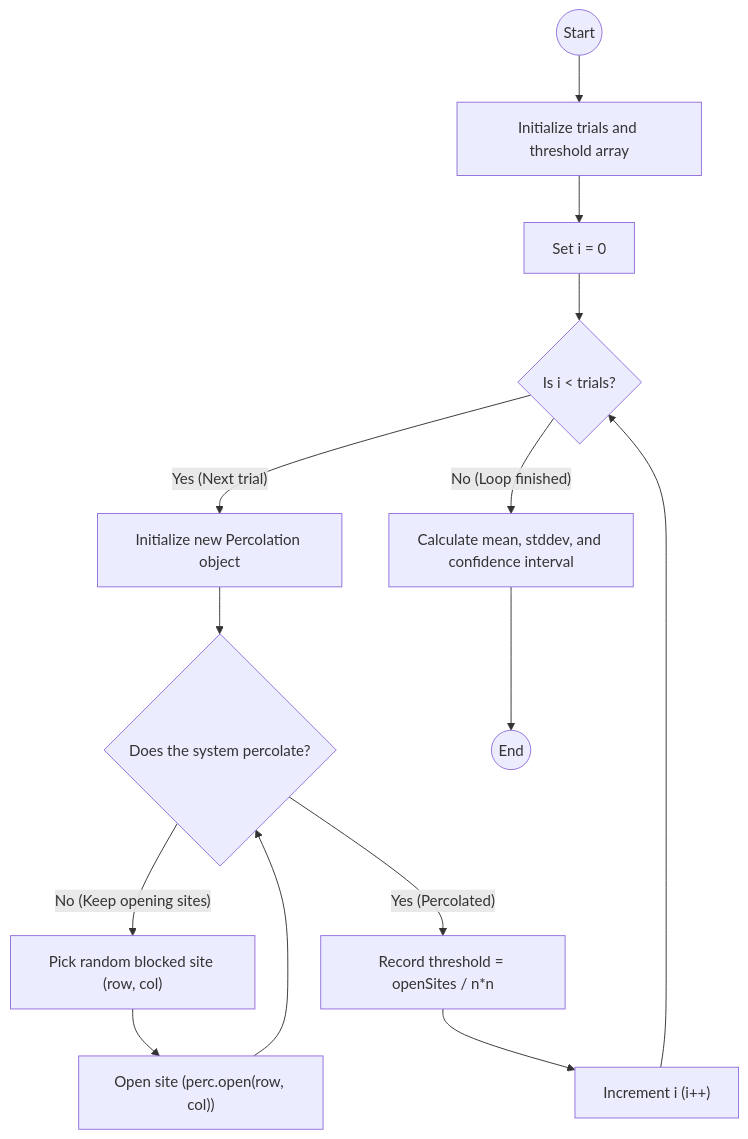
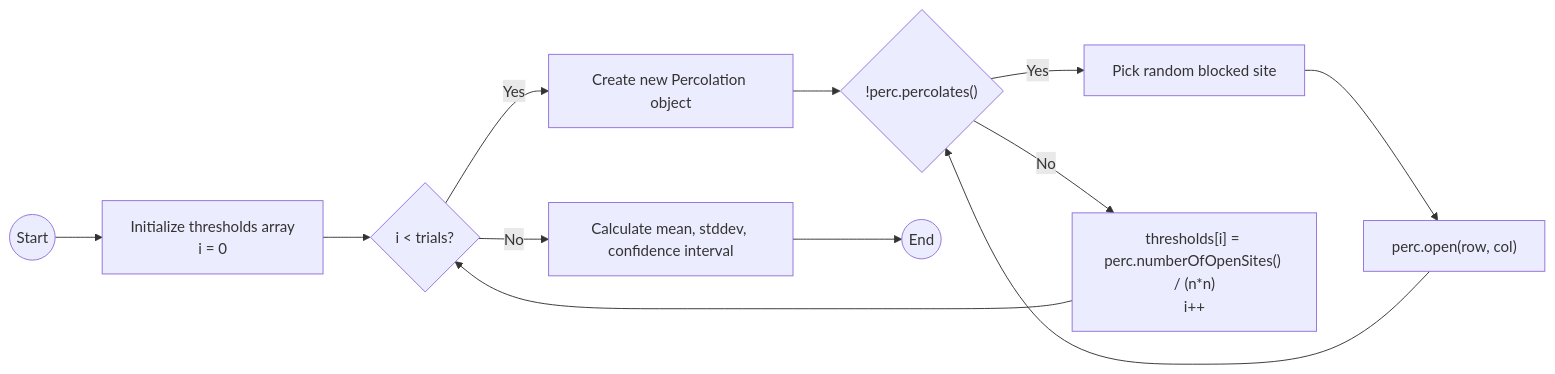
The diagram in problemSet2/PercolationStats.mmd (AmpongJkevin2/Flowchart-), drawn with Mermaid before and after one commit. The commit also changed 1 other file, not shown here.

```diff
--- a/problemSet2/PercolationStats.mmd
+++ b/problemSet2/PercolationStats.mmd
@@ -1,14 +1,12 @@
-graph TD;
-    A((Start)) --> B["Initialize trials and threshold array"];
-    B --> C["Set i = 0"];
-    C --> D{"Is i < trials?"};
-    D -- "No (Loop finished)" --> K["Calculate mean, stddev, and confidence interval"];
-    D -- "Yes (Next trial)" --> E["Initialize new Percolation object"];
-    E --> F{"Does the system percolate?"};
-    F -- "No (Keep opening sites)" --> G["Pick random blocked site (row, col)"];
-    G --> H["Open site (perc.open(row, col))"];
-    H --> F;
-    F -- "Yes (Percolated)" --> I["Record threshold = openSites / n*n"];
-    I --> J["Increment i (i++)"];
-    J --> D;
-    K --> L((End));
+graph LR;
+    A((Start)) --> B["Initialize thresholds array<br>i = 0"];
+    B --> C{"i < trials?"};
+    C -- "Yes" --> D["Create new Percolation object"];
+    D --> E{"!perc.percolates()"};
+    E -- "Yes" --> F["Pick random blocked site"];
+    F --> G["perc.open(row, col)"];
+    G --> E;
+    E -- "No" --> H["thresholds[i] = perc.numberOfOpenSites() / (n*n)<br>i++"];
+    H --> C;
+    C -- "No" --> I["Calculate mean, stddev, confidence interval"];
+    I --> J((End));
```
